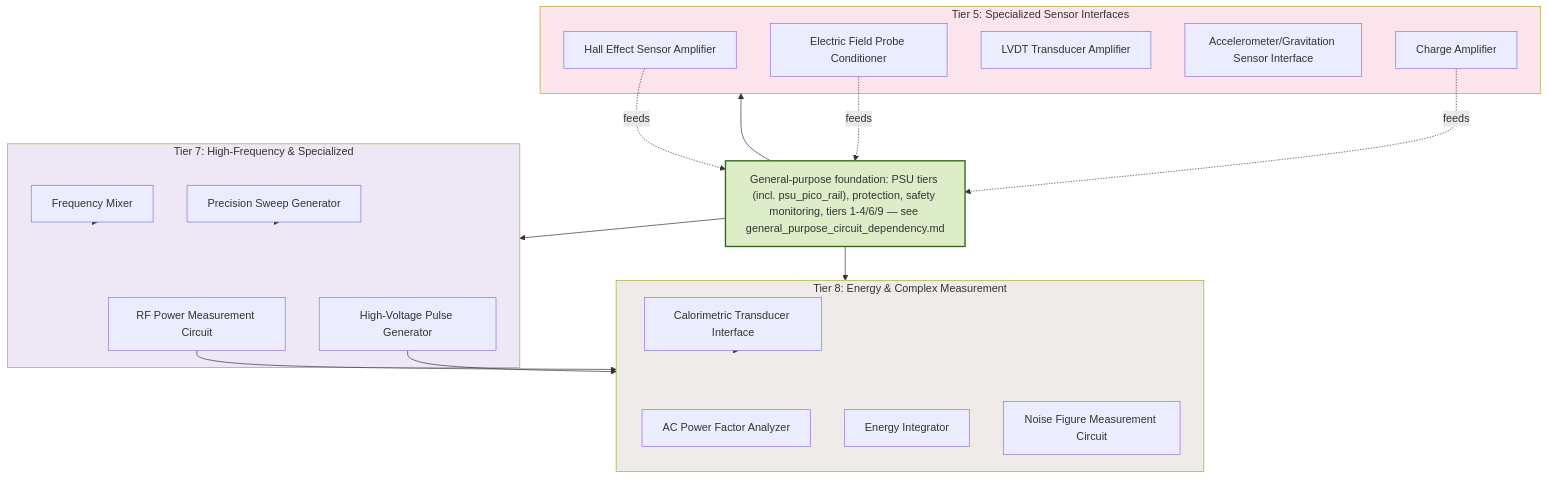
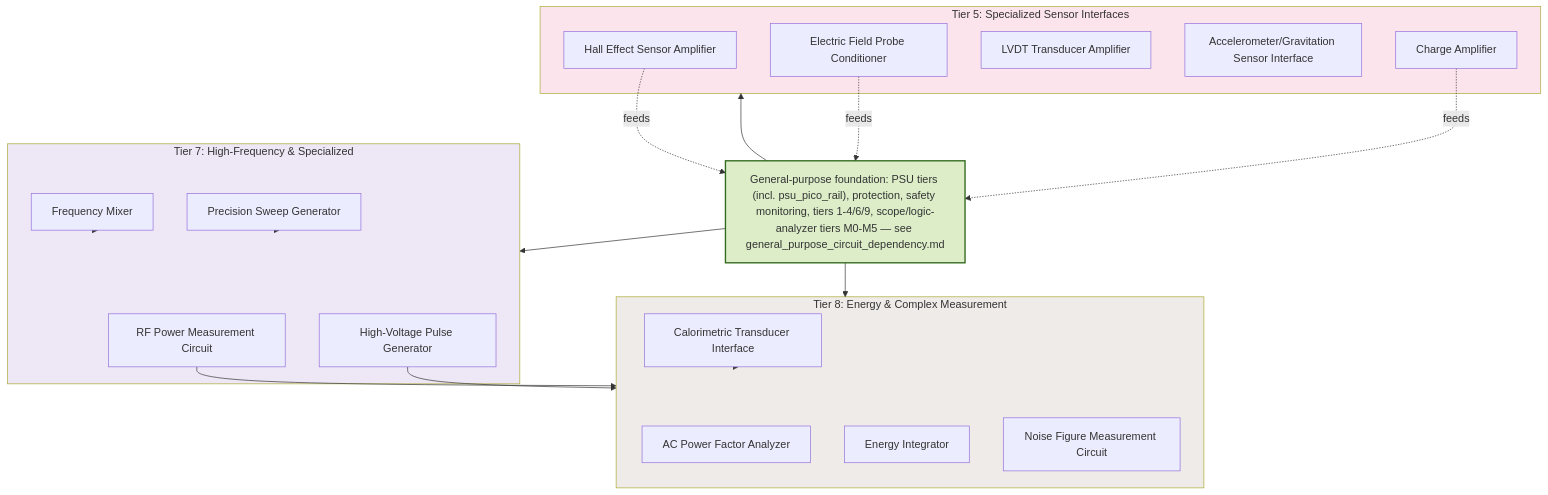
The diagram in docs/spacetime_circuits_dependency.md (arcticoder/lab), drawn with Mermaid before and after one commit. The commit also changed other lines of this file and 7 other files, not shown here.

Commit message:
Refactor documentation: update scope/logic-analyzer tiers and remove budget file

````diff
--- a/docs/spacetime_circuits_dependency.md
+++ b/docs/spacetime_circuits_dependency.md
@@ -11,51 +11,51 @@
 ```mermaid
 graph TD
     subgraph tier5 ["Tier 5: Specialized Sensor Interfaces"]
         HALLAMP["Hall Effect Sensor Amplifier"]
         EPFIELD["Electric Field Probe Conditioner"]
         LVDTAMP["LVDT Transducer Amplifier"]
         ACCELIF["Accelerometer/Gravitation Sensor Interface"]
         CHGAMP["Charge Amplifier"]
     end
 
     subgraph tier7 ["Tier 7: High-Frequency & Specialized"]
         RFPWR["RF Power Measurement Circuit"]
         MIXER["Frequency Mixer"]
         SWEEP["Precision Sweep Generator"]
         HVPULSE["High-Voltage Pulse Generator"]
     end
 
     subgraph tier8 ["Tier 8: Energy & Complex Measurement"]
         CALORIF["Calorimetric Transducer Interface"]
         PWRFACT["AC Power Factor Analyzer"]
         ENGINT["Energy Integrator"]
         NOISEFIG["Noise Figure Measurement Circuit"]
     end
 
-    GENERAL["General-purpose foundation: PSU tiers (incl. psu_pico_rail), protection, safety monitoring, tiers 1-4/6/9 — see general_purpose_circuit_dependency.md"]
+    GENERAL["General-purpose foundation: PSU tiers (incl. psu_pico_rail), protection, safety monitoring, tiers 1-4/6/9, scope/logic-analyzer tiers M0-M5 — see general_purpose_circuit_dependency.md"]
 
     %% Upstream foundation feeds every spacetime-specific tier
     GENERAL --> tier5
     GENERAL --> tier7
     GENERAL --> tier8
 
     %% Tier 5 sensor interfaces feed general-purpose tier 6 processing
     %% (lock-in amp, anti-aliasing filter — reusable beyond spacetime work)
     HALLAMP -.feeds.-> GENERAL
     EPFIELD -.feeds.-> GENERAL
     CHGAMP -.feeds.-> GENERAL
 
     %% Tier 7 specialized
     MIXER --> tier7
     SWEEP --> tier7
     RFPWR --> tier8
 
     %% Higher tiers
     HVPULSE --> tier8
     CALORIF --> tier8
 
     style tier5 fill:#fce4ec
     style tier7 fill:#ede7f6
     style tier8 fill:#efebe9
     style GENERAL fill:#dcedc8,stroke:#33691e,stroke-width:2px
 ```
````
